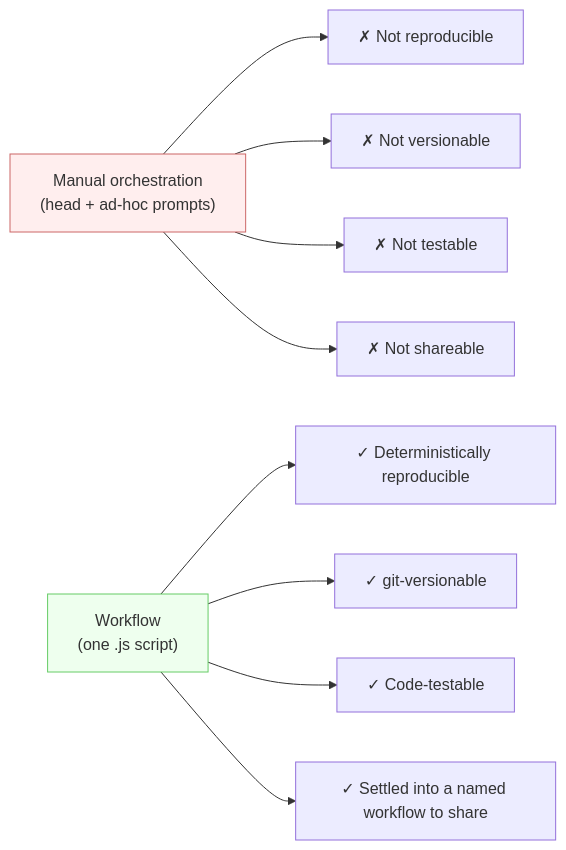
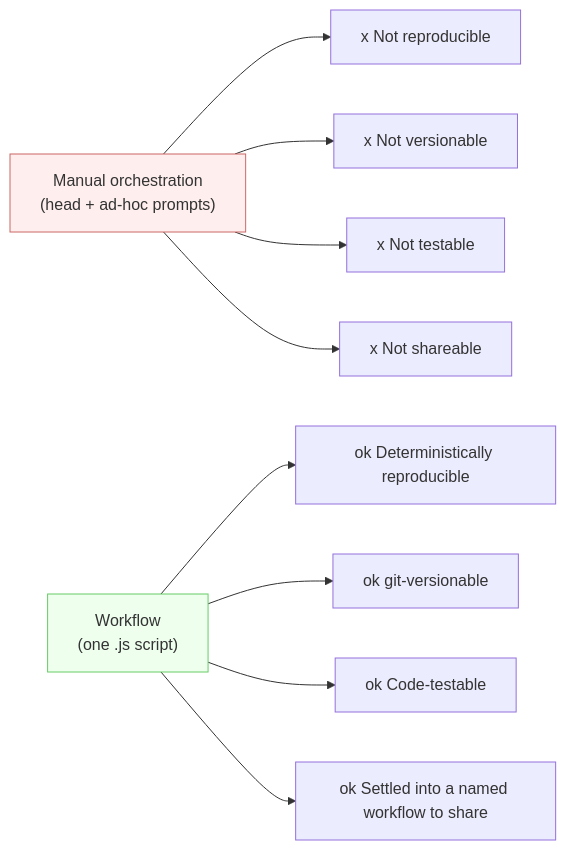
The third of 4 diagrams in docs/en/p1-02-why-deterministic.md (AGI-is-going-to-arrive/workflow-cookbook), drawn with Mermaid before and after one commit. The commit also changed other lines of this file and 78 other files, not shown here.

````diff
--- a/docs/en/p1-02-why-deterministic.md
+++ b/docs/en/p1-02-why-deterministic.md
@@ -223,15 +223,15 @@
 ```mermaid
 flowchart LR
     M["Manual orchestration<br/>(head + ad-hoc prompts)"]
-    M --> M1["✗ Not reproducible"]
-    M --> M2["✗ Not versionable"]
-    M --> M3["✗ Not testable"]
-    M --> M4["✗ Not shareable"]
+    M --> M1["x Not reproducible"]
+    M --> M2["x Not versionable"]
+    M --> M3["x Not testable"]
+    M --> M4["x Not shareable"]
     W["Workflow<br/>(one .js script)"]
-    W --> W1["✓ Deterministically reproducible"]
-    W --> W2["✓ git-versionable"]
-    W --> W3["✓ Code-testable"]
-    W --> W4["✓ Settled into a named workflow to share"]
+    W --> W1["ok Deterministically reproducible"]
+    W --> W2["ok git-versionable"]
+    W --> W3["ok Code-testable"]
+    W --> W4["ok Settled into a named workflow to share"]
     style M fill:#fee,stroke:#c66
     style W fill:#efe,stroke:#6c6
 ```
````
